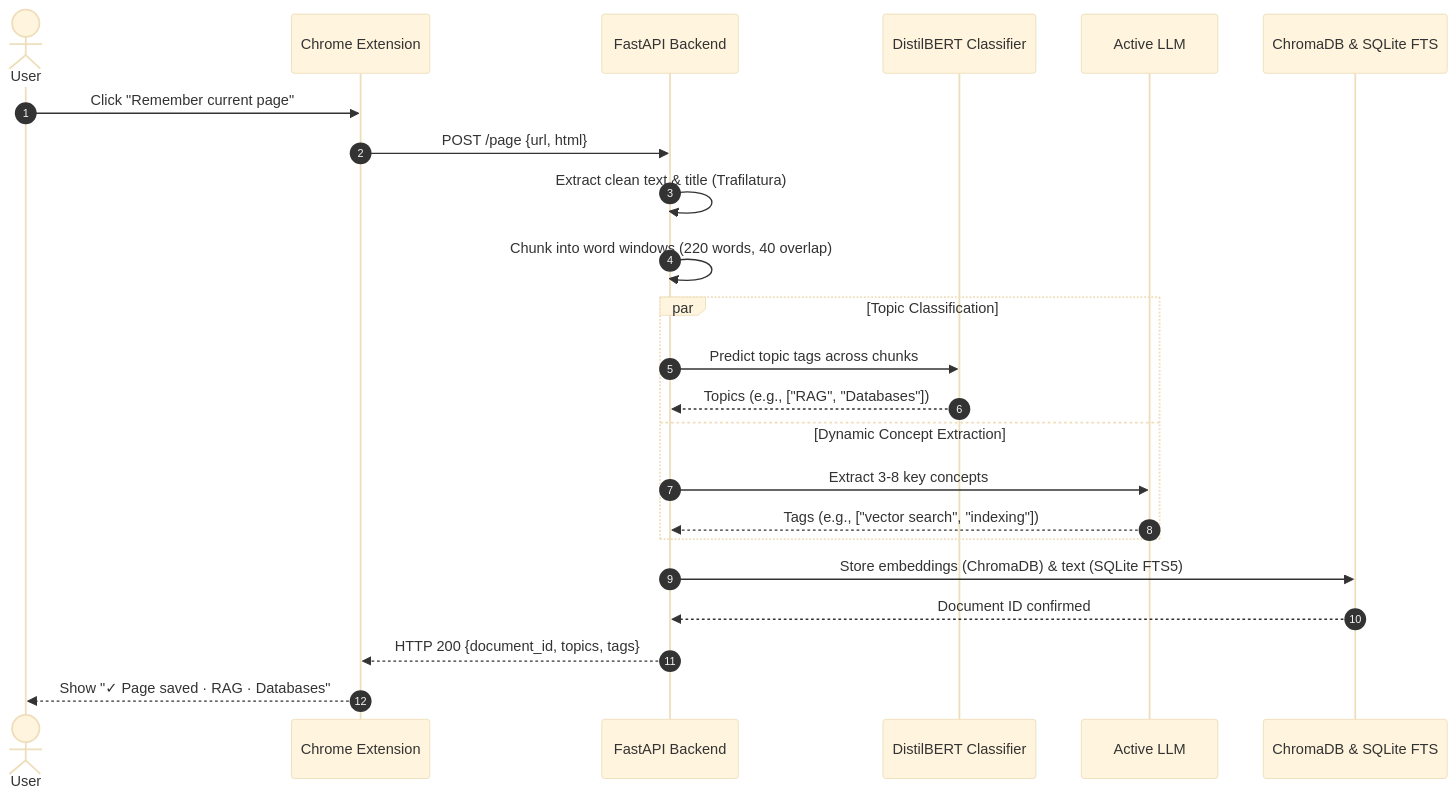
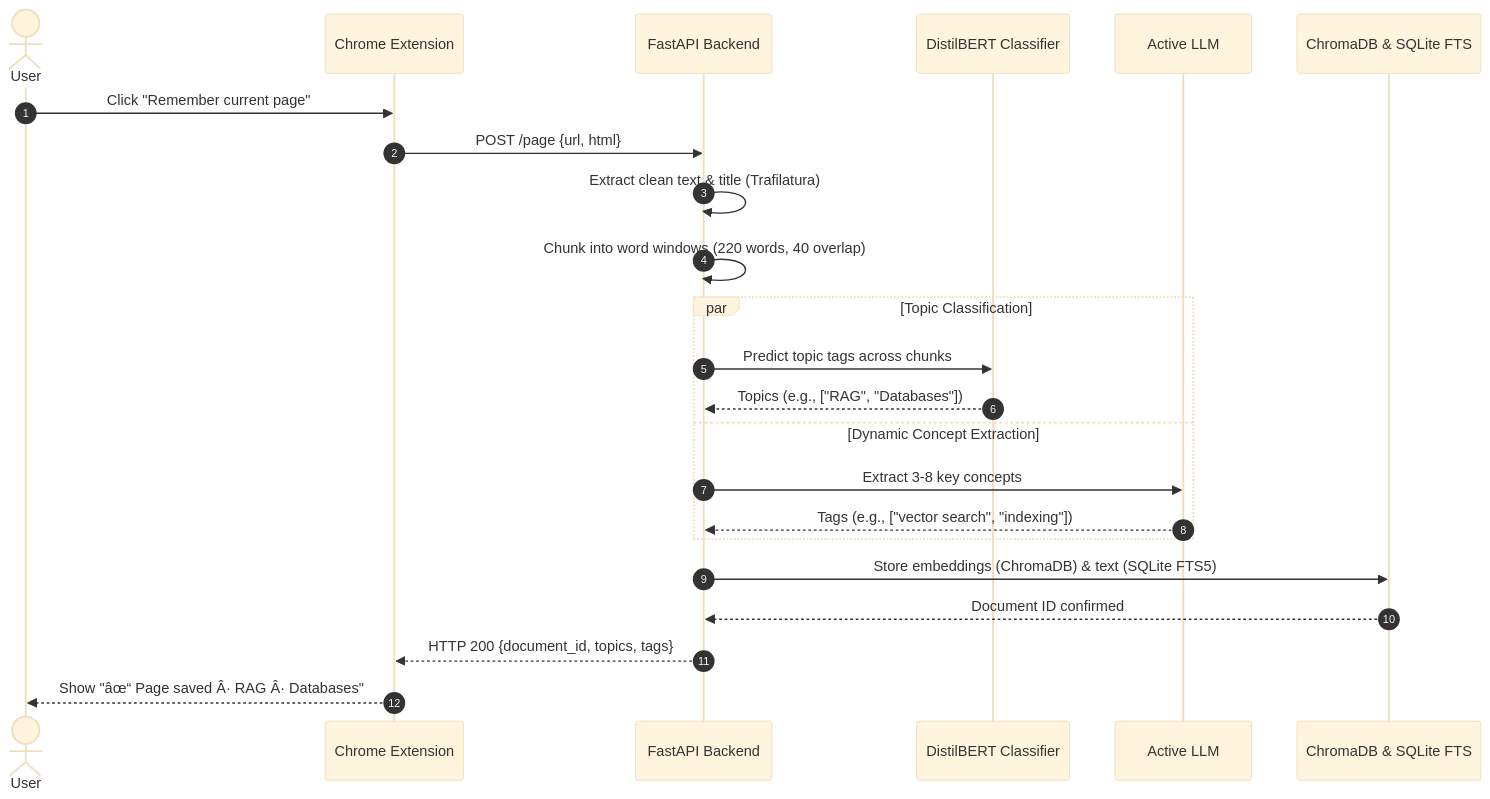
The second of 4 diagrams in docs/architecture.md (farhanx3rz/MemoryMind), drawn with Mermaid (base theme) before and after one commit. The commit also changed other lines of this file and 8 other files, not shown here.

````diff
--- a/docs/architecture.md
+++ b/docs/architecture.md
@@ -117,26 +163,26 @@
 ```mermaid
 sequenceDiagram
     autonumber
     actor User
     participant Ext as Chrome Extension
     participant API as FastAPI Backend
     participant ML as DistilBERT Classifier
     participant LLM as Active LLM
     participant DB as ChromaDB & SQLite FTS
 
     User->>Ext: Click "Remember current page"
     Ext->>API: POST /page {url, html}
     API->>API: Extract clean text & title (Trafilatura)
     API->>API: Chunk into word windows (220 words, 40 overlap)
     par Topic Classification
         API->>ML: Predict topic tags across chunks
         ML-->>API: Topics (e.g., ["RAG", "Databases"])
     and Dynamic Concept Extraction
         API->>LLM: Extract 3-8 key concepts
         LLM-->>API: Tags (e.g., ["vector search", "indexing"])
     end
     API->>DB: Store embeddings (ChromaDB) & text (SQLite FTS5)
     DB-->>API: Document ID confirmed
     API-->>Ext: HTTP 200 {document_id, topics, tags}
-    Ext-->>User: Show "✓ Page saved · RAG · Databases"
+    Ext-->>User: Show "âœ“ Page saved Â· RAG Â· Databases"
 ```
````
